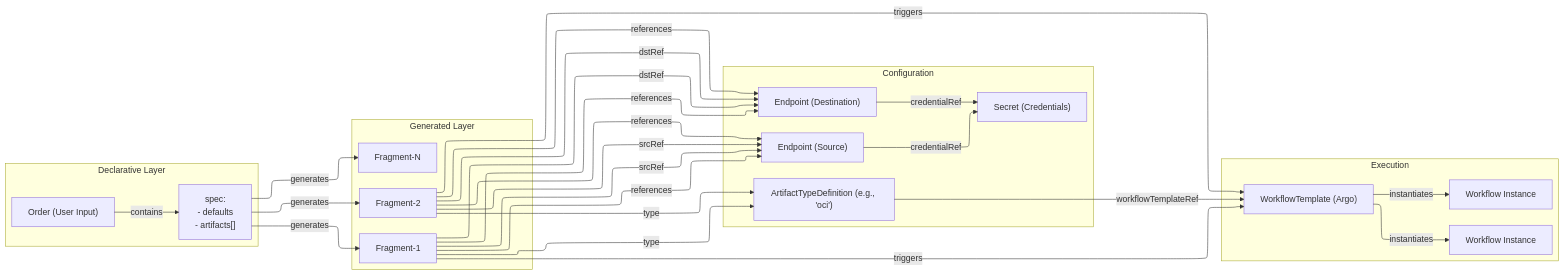
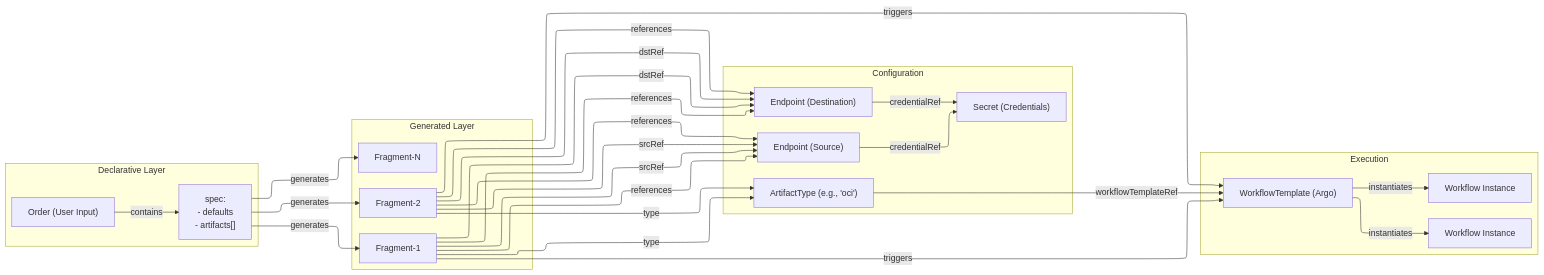
Before and after one commit to opendefensecloud/artifact-conduit: the diagram in docs/developer-guide/adrs/001-ARC-Architecture.md, drawn with Mermaid. The commit also changed other lines of this file and 39 other files, not shown here.

Commit message:
rename ArtifactTypeDefinition to ArtifactType

````diff
--- a/docs/developer-guide/adrs/001-ARC-Architecture.md
+++ b/docs/developer-guide/adrs/001-ARC-Architecture.md
@@ -100,45 +100,45 @@
 ```mermaid
 ---
 config:
   layout: elk
 ---
 flowchart LR
  subgraph subGraph0["Declarative Layer"]
         Order["Order (User Input)"]
         Spec["spec:<br>- defaults<br>- artifacts[]"]
   end
  subgraph subGraph1["Generated Layer"]
         Fragment1["Fragment-1"]
         Fragment2["Fragment-2"]
         FragmentN["Fragment-N"]
   end
  subgraph Configuration["Configuration"]
-        ArtifactTypeDef@{ label: "ArtifactTypeDefinition (e.g., 'oci')" }
+        ArtifactTypeDef@{ label: "ArtifactType (e.g., 'oci')" }
         EndpointSrc["Endpoint (Source)"]
         EndpointDst["Endpoint (Destination)"]
         Secret["Secret (Credentials)"]
   end
  subgraph Execution["Execution"]
         WorkflowTemplate["WorkflowTemplate (Argo)"]
         WorkflowInstance1["Workflow Instance"]
         WorkflowInstance2["Workflow Instance"]
   end
     Order -- contains --> Spec
     Spec -- generates --> Fragment1 & Fragment2 & FragmentN
     Fragment1 -- type --> ArtifactTypeDef
     Fragment2 -- type --> ArtifactTypeDef
     Fragment1 -- srcRef --> EndpointSrc
     Fragment2 -- srcRef --> EndpointSrc
     Fragment1 -- dstRef --> EndpointDst
     Fragment2 -- dstRef --> EndpointDst
     Fragment1 -- references --> EndpointSrc & EndpointDst
     Fragment2 -- references --> EndpointSrc & EndpointDst
     EndpointSrc -- credentialRef --> Secret
     EndpointDst -- credentialRef --> Secret
     ArtifactTypeDef -- workflowTemplateRef --> WorkflowTemplate
     Fragment1 -- triggers --> WorkflowTemplate
     Fragment2 -- triggers --> WorkflowTemplate
     WorkflowTemplate -- instantiates --> WorkflowInstance1 & WorkflowInstance2
     ArtifactTypeDef@{ shape: rect}
 
 ```
````
